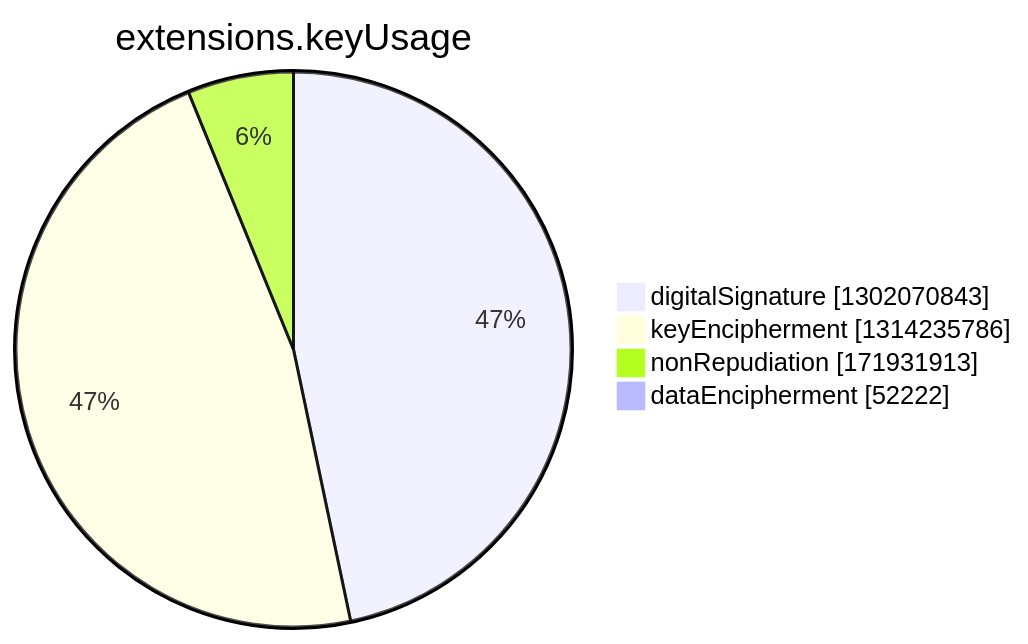
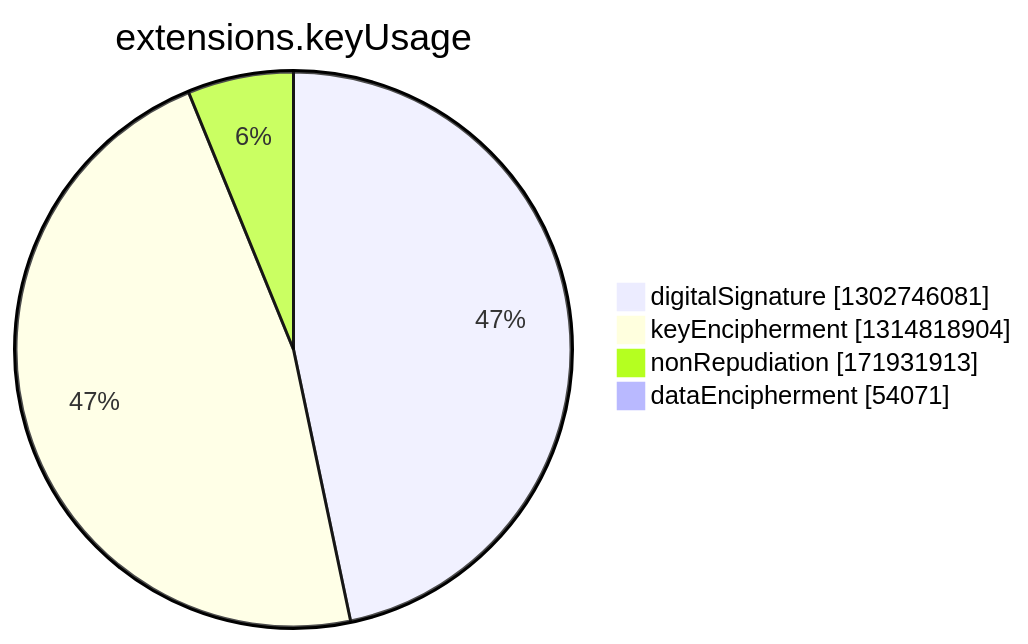
Before and after one commit to christiankrug/ctmonitor_visualization: the seventh of 15 diagrams in argon2022/README.md, drawn with Mermaid. The commit also changed other lines of this file, not shown here.

````diff
--- a/argon2022/README.md
+++ b/argon2022/README.md
@@ -2749,8 +2749,8 @@
 ```mermaid
 pie showData
 title extensions.keyUsage
-"digitalSignature" :1302070843
-"keyEncipherment" :1314235786
+"digitalSignature" :1302746081
+"keyEncipherment" :1314818904
 "nonRepudiation" :171931913
-"dataEncipherment" :52222
+"dataEncipherment" :54071
 ```
````
